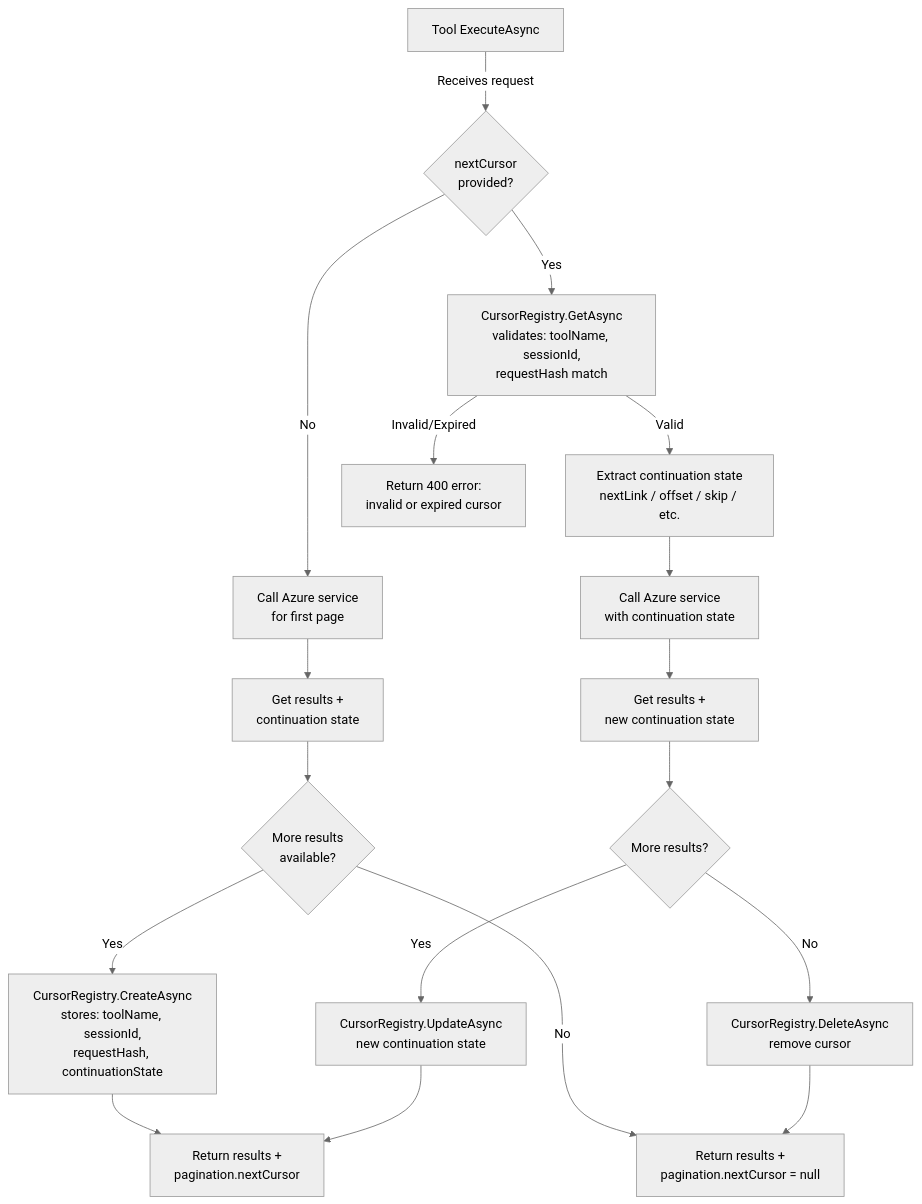
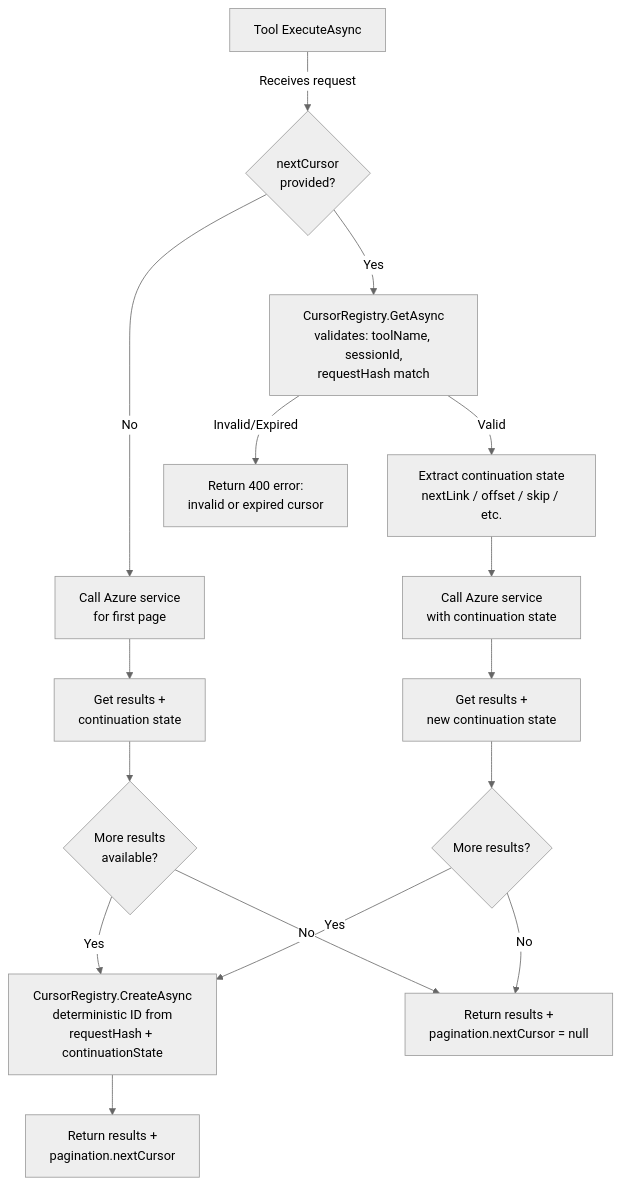
One commit to srnagar/mcp changed the second of 3 diagrams in docs/design/pagination.md. Above: the diagram before and after it, drawn with Mermaid (neutral theme). The commit also changed other lines of this file and 6 other files, not shown here.

````diff
--- a/docs/design/pagination.md
+++ b/docs/design/pagination.md
@@ -81,22 +94,20 @@
 ```mermaid
 flowchart TD
     A[Tool ExecuteAsync] -->|Receives request| B{nextCursor<br/>provided?}
     B -->|No| C[Call Azure service<br/>for first page]
     C --> D[Get results +<br/>continuation state]
     D --> E{More results<br/>available?}
-    E -->|Yes| F[CursorRegistry.CreateAsync<br/>stores: toolName, sessionId,<br/>requestHash, continuationState]
+    E -->|Yes| F[CursorRegistry.CreateAsync<br/>deterministic ID from<br/>requestHash + continuationState]
     F --> G[Return results +<br/>pagination.nextCursor]
     E -->|No| H[Return results +<br/>pagination.nextCursor = null]
 
     B -->|Yes| I[CursorRegistry.GetAsync<br/>validates: toolName, sessionId,<br/>requestHash match]
     I -->|Valid| J[Extract continuation state<br/>nextLink / offset / skip / etc.]
     J --> K[Call Azure service<br/>with continuation state]
     K --> L[Get results +<br/>new continuation state]
     L --> M{More results?}
-    M -->|Yes| N[CursorRegistry.UpdateAsync<br/>new continuation state]
-    N --> G
-    M -->|No| O[CursorRegistry.DeleteAsync<br/>remove cursor]
-    O --> H
+    M -->|Yes| F
+    M -->|No| H
 
     I -->|Invalid/Expired| P[Return 400 error:<br/>invalid or expired cursor]
 ```
````
